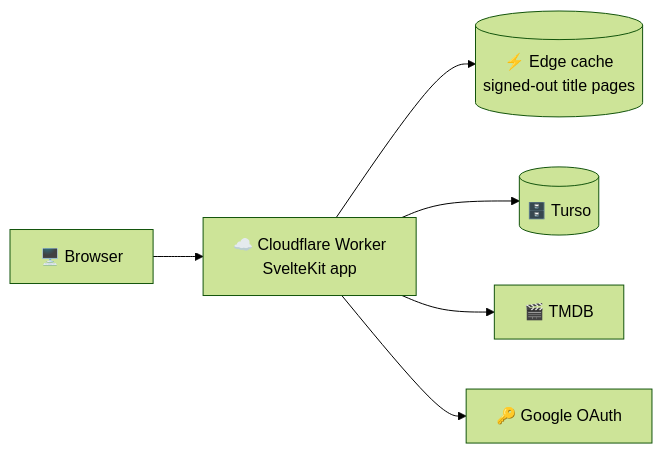
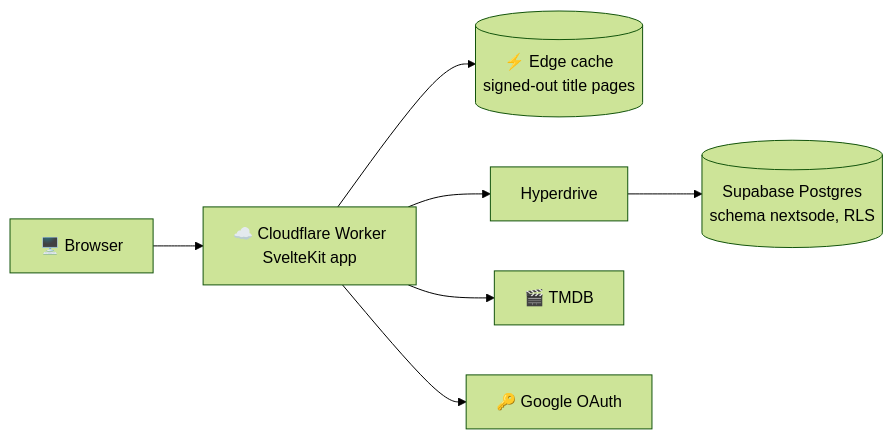
The diagram in README.md (Isma-L154/nextsode), drawn with Mermaid (forest theme) before and after one commit. The commit also changed other lines of this file and 79 other files, not shown here.

First line of the commit message:
feat: move the database from Turso to Supabase Postgres

````diff
--- a/README.md
+++ b/README.md
@@ -40,8 +40,9 @@
 ```mermaid
 flowchart LR
     B["🖥️ Browser"] --> W["☁️ Cloudflare Worker<br/>SvelteKit app"]
     W --> C[("⚡ Edge cache<br/>signed-out title pages")]
-    W --> D[("🗄️ Turso")]
+    W --> H["Hyperdrive"]
+    H --> D[("Supabase Postgres<br/>schema nextsode, RLS")]
     W --> T["🎬 TMDB"]
     W --> G["🔑 Google OAuth"]
 ```
````
